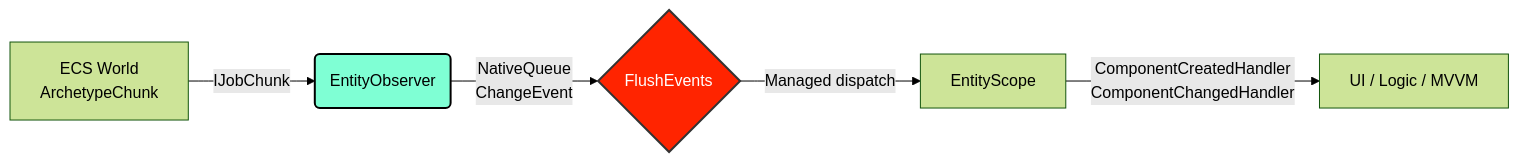
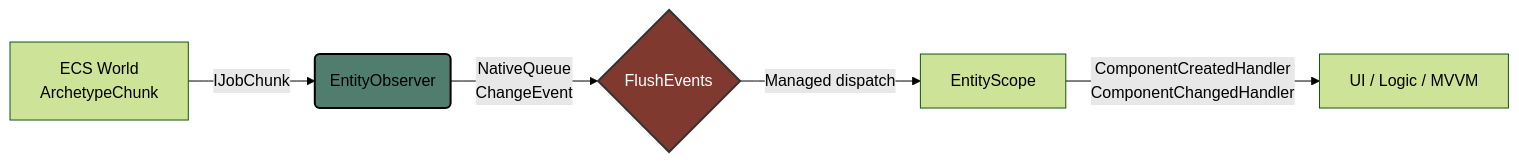
Before and after one commit to About00/dots-observer: the third of 3 diagrams in README.ru.md, drawn with Mermaid (forest theme). The commit also changed other lines of this file and 13 other files, not shown here.

````diff
--- a/README.ru.md
+++ b/README.ru.md
@@ -193,10 +207,10 @@
 ```mermaid
 flowchart LR
     A[ECS World<br/>ArchetypeChunk] -->|IJobChunk| B(EntityObserver<T>)
     B -->|NativeQueue<br/>ChangeEvent<T>| C{FlushEvents}
     C -->|Managed dispatch| D[EntityScope<T>]
     D -->|ComponentCreatedHandler<br/>ComponentChangedHandler| E[UI / Logic / MVVM]
 
-    style B fill:#7FFFD4,stroke:#000,stroke-width:2px
-    style C fill:#ff2400,stroke:#333,stroke-width:2px,color:#fff
+    style B fill:#517d6e,stroke:#000,stroke-width:2px
+    style C fill:#80392e,stroke:#333,stroke-width:2px,color:#fff
 ```
````
